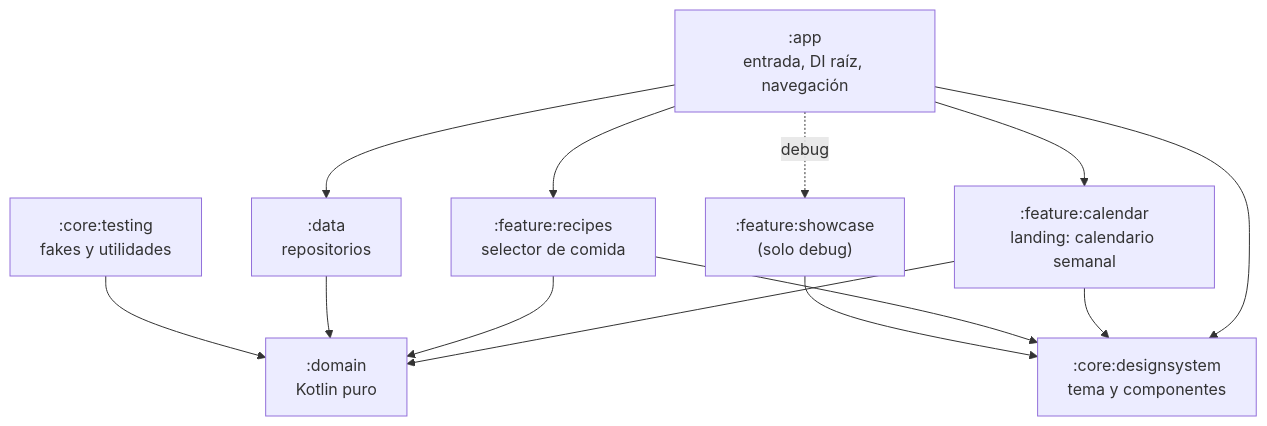
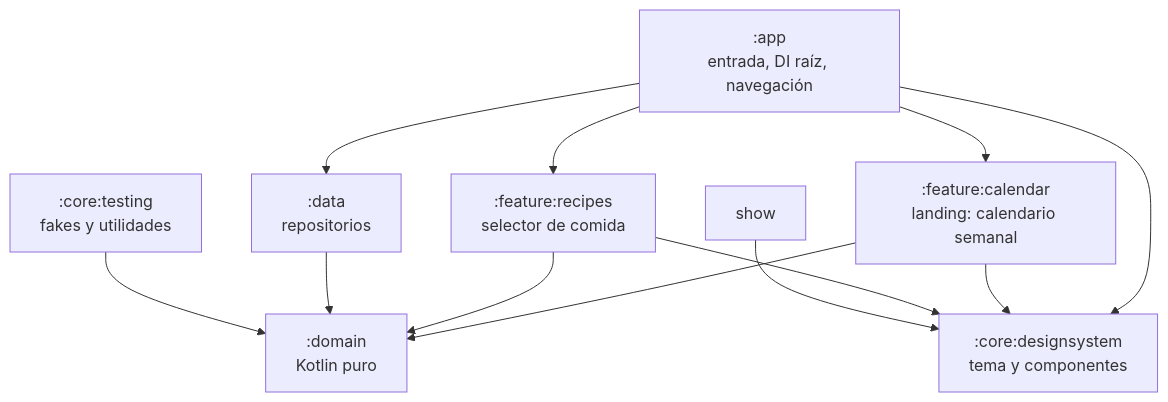
Before and after one commit to Jorhetfield/tavola: the diagram in README.md, drawn with Mermaid. The commit also changed other lines of this file and 58 other files, not shown here.

````diff
--- a/README.md
+++ b/README.md
@@ -80,24 +80,22 @@
 ```mermaid
 graph TD
     app[":app<br/>entrada, DI raíz, navegación"]
     cal[":feature:calendar<br/>landing: calendario semanal"]
     rec[":feature:recipes<br/>selector de comida"]
-    show[":feature:showcase<br/>(solo debug)"]
     ds[":core:designsystem<br/>tema y componentes"]
     domain[":domain<br/>Kotlin puro"]
     data[":data<br/>repositorios"]
     testing[":core:testing<br/>fakes y utilidades"]
 
     app --> cal
     app --> rec
     app --> data
-    app -.->|debug| show
     app --> ds
     cal --> domain
     cal --> ds
     rec --> domain
     rec --> ds
     show --> ds
     data --> domain
     testing --> domain
 ```
````
